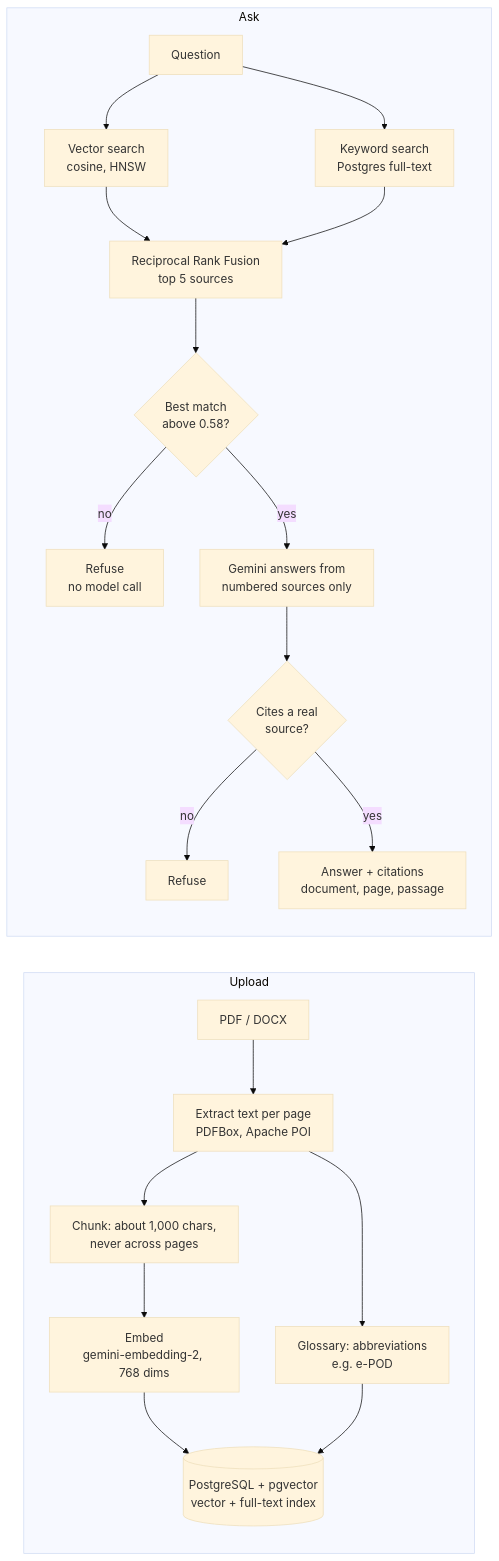
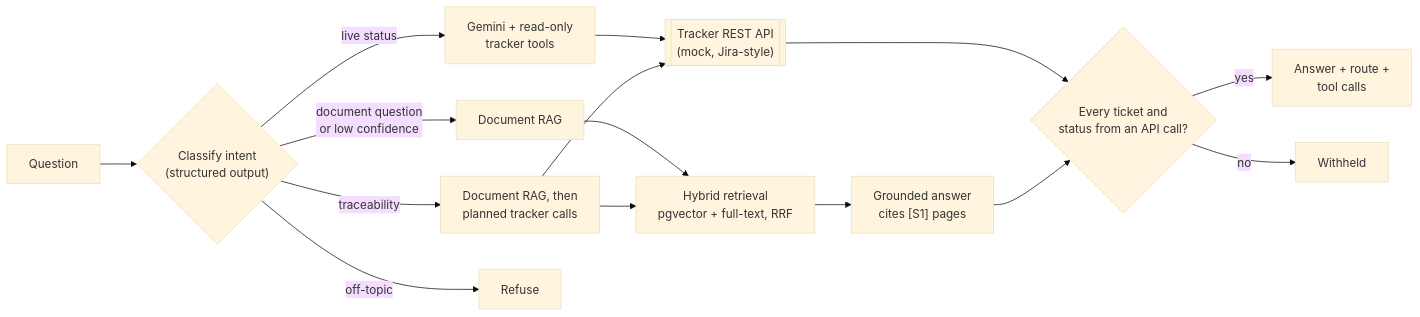
The diagram in README.md (a-k-ay/speclens), drawn with Mermaid (base theme) before and after one commit. The commit also changed other lines of this file and 1 other file, not shown here.

First line of the commit message:
README: v2 agentic routing, traceability and routing results

````diff
--- a/README.md
+++ b/README.md
@@ -47,23 +68,17 @@
 ```mermaid
 flowchart LR
-    subgraph Upload
-        U["PDF / DOCX"] --> X["Extract text per page<br/>PDFBox, Apache POI"]
-        X --> C["Chunk: about 1,000 chars,<br/>never across pages"]
-        X --> G["Glossary: abbreviations<br/>e.g. e-POD"]
-        C --> E["Embed<br/>gemini-embedding-2, 768 dims"]
-        E --> DB[("PostgreSQL + pgvector<br/>vector + full-text index")]
-        G --> DB
-    end
-    subgraph Ask
-        Q["Question"] --> V["Vector search<br/>cosine, HNSW"]
-        Q --> K["Keyword search<br/>Postgres full-text"]
-        V --> R["Reciprocal Rank Fusion<br/>top 5 sources"]
-        K --> R
-        R --> T{"Best match<br/>above 0.58?"}
-        T -- no --> N1["Refuse<br/>no model call"]
-        T -- yes --> L["Gemini answers from<br/>numbered sources only"]
-        L --> CK{"Cites a real<br/>source?"}
-        CK -- no --> N2["Refuse"]
-        CK -- yes --> A["Answer + citations<br/>document, page, passage"]
-    end
+    Q["Question"] --> CL{"Classify intent<br/>(structured output)"}
+    CL -- "document question<br/>or low confidence" --> D["Document RAG"]
+    CL -- "live status" --> TA["Gemini + read-only<br/>tracker tools"]
+    CL -- "traceability" --> TR["Document RAG, then<br/>planned tracker calls"]
+    CL -- "off-topic" --> X["Refuse"]
+    D --> R["Hybrid retrieval<br/>pgvector + full-text, RRF"]
+    TR --> R
+    TA --> API[["Tracker REST API<br/>(mock, Jira-style)"]]
+    TR --> API
+    R --> G["Grounded answer<br/>cites [S1] pages"]
+    API --> V{"Every ticket and<br/>status from an API call?"}
+    G --> V
+    V -- yes --> A["Answer + route +<br/>tool calls"]
+    V -- no --> W["Withheld"]
 ```
````
